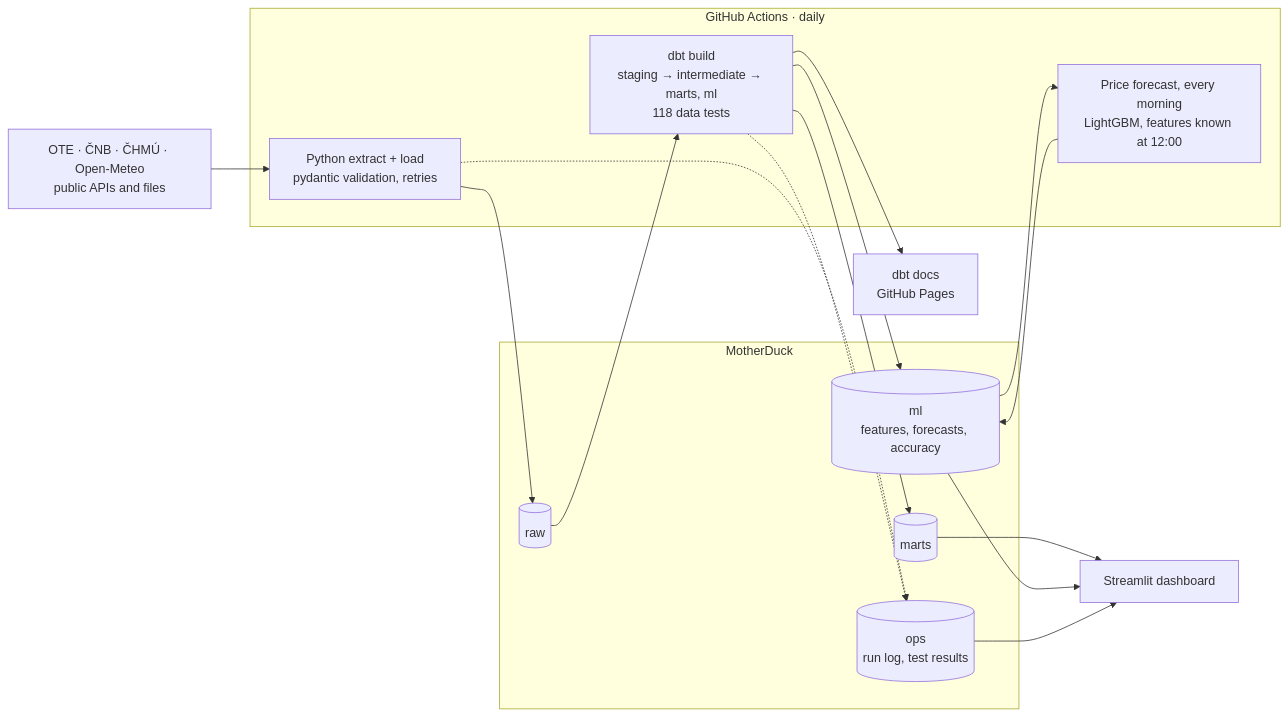
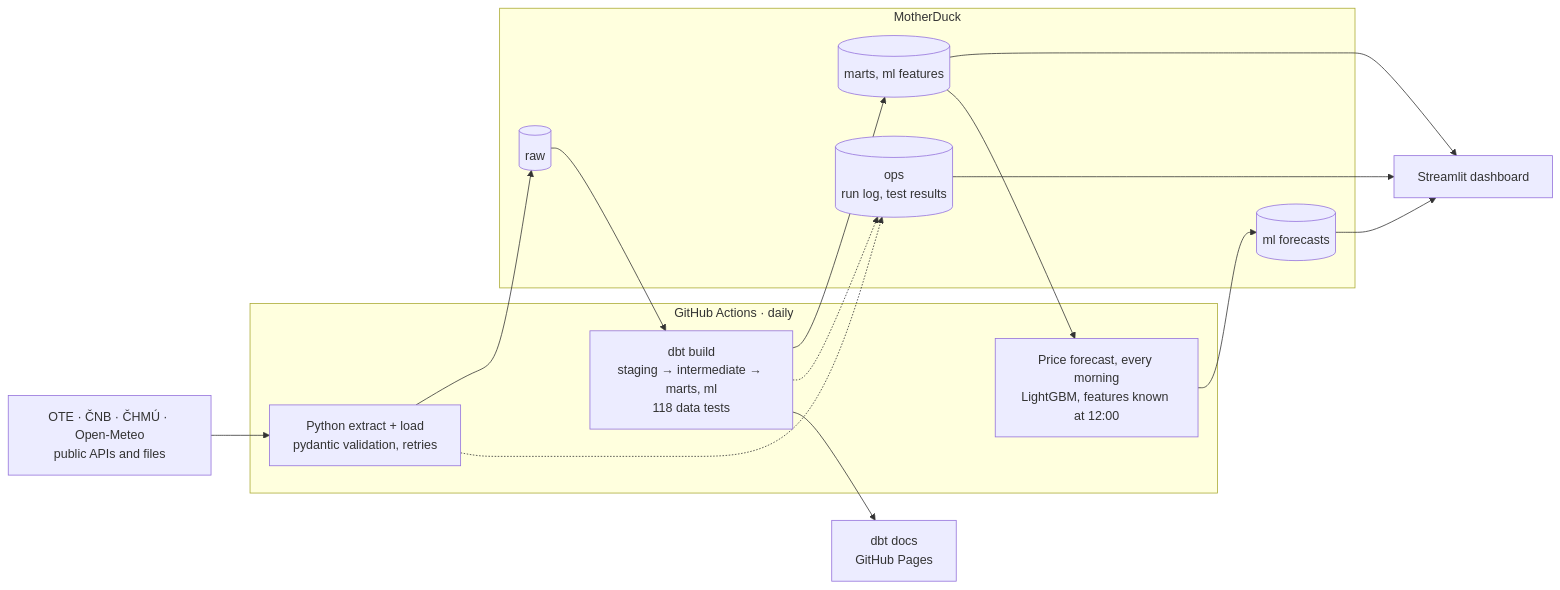
Before and after one commit to maksympostoiuk/czech-energy-pipeline: the diagram in README.md, drawn with Mermaid.

Commit message:
docs: keep the architecture diagram one-directional

````diff
--- a/README.md
+++ b/README.md
@@ -33,26 +33,24 @@
 ```mermaid
 flowchart LR
     SRC["OTE · ČNB · ČHMÚ · Open-Meteo<br/>public APIs and files"]
 
     subgraph GHA["GitHub Actions · daily"]
         EL["Python extract + load<br/>pydantic validation, retries"]
         DBT["dbt build<br/>staging → intermediate → marts, ml<br/>118 data tests"]
         FC["Price forecast, every morning<br/>LightGBM, features known at 12:00"]
     end
 
     subgraph MD["MotherDuck"]
         RAW[("raw")]
-        MARTS[("marts")]
-        ML[("ml<br/>features, forecasts, accuracy")]
+        MARTS[("marts, ml features")]
+        FORECASTS[("ml forecasts")]
         OPS[("ops<br/>run log, test results")]
     end
 
     SRC --> EL --> RAW --> DBT --> MARTS --> APP["Streamlit dashboard"]
-    DBT --> ML
-    ML --> FC --> ML
-    ML --> APP
+    MARTS --> FC --> FORECASTS --> APP
     EL -.-> OPS
     DBT -.-> OPS
     OPS --> APP
     DBT --> DOCS["dbt docs<br/>GitHub Pages"]
 ```
````
